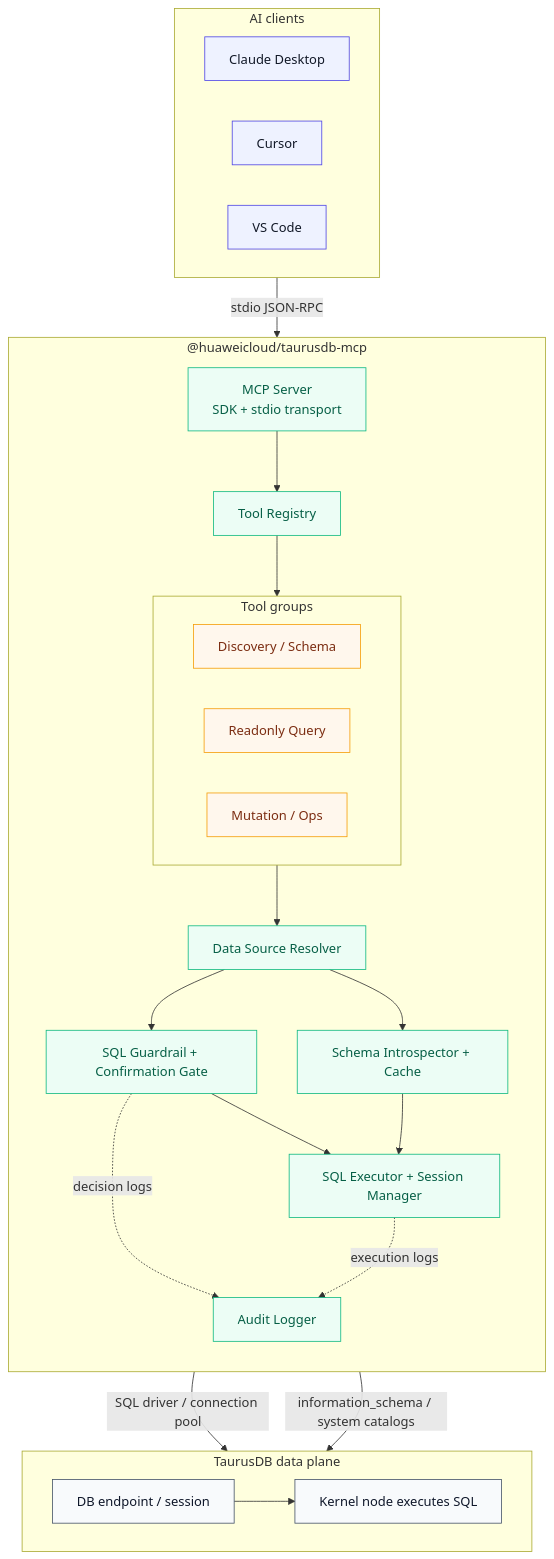
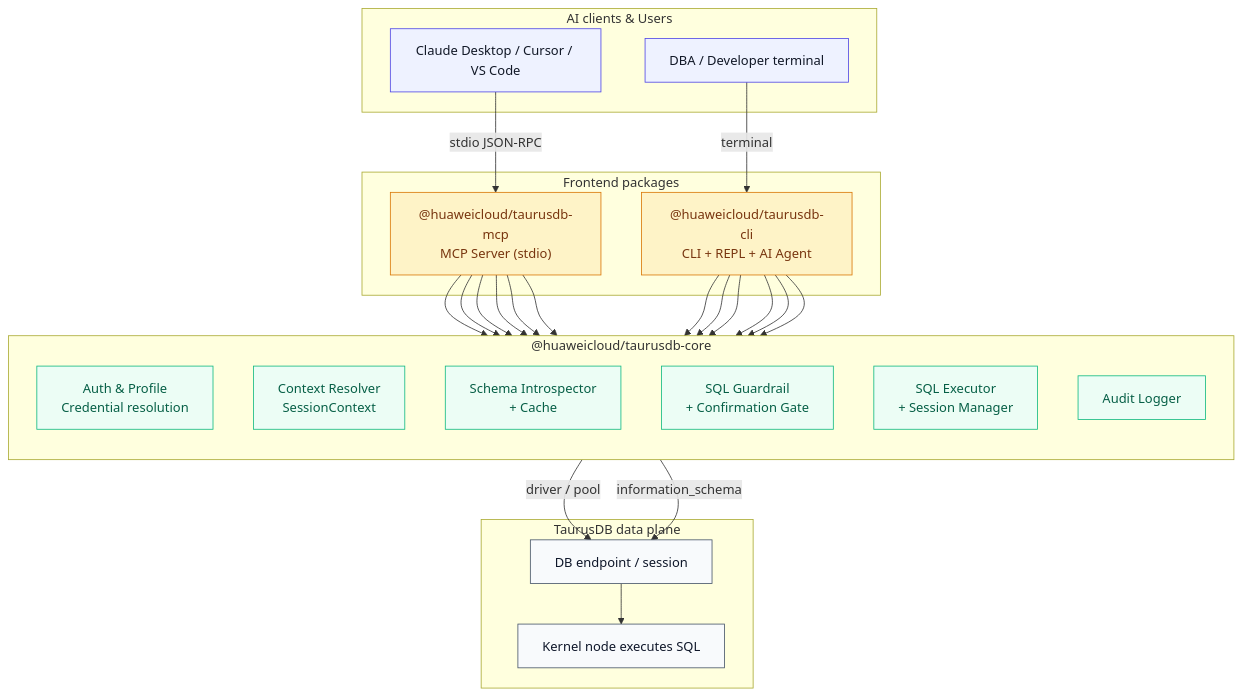
The first of 5 diagrams in docs/architecture.md (youweichen0208/taurus-mcp-server), drawn with Mermaid before and after one commit. The commit also changed other lines of this file and 140 other files, not shown here.

````diff
--- a/docs/architecture.md
+++ b/docs/architecture.md
@@ -51,51 +105,52 @@
 ```mermaid
 flowchart TB
   classDef client fill:#EEF2FF,stroke:#4F46E5,color:#111827;
+  classDef frontend fill:#FEF3C7,stroke:#D97706,color:#78350F;
   classDef core fill:#ECFDF5,stroke:#10B981,color:#065F46;
-  classDef tool fill:#FFF7ED,stroke:#F59E0B,color:#7C2D12;
   classDef data fill:#F8FAFC,stroke:#475569,color:#0F172A;
 
-  subgraph Clients["AI clients"]
-    direction LR
-    C1["Claude Desktop"]:::client
-    C2["Cursor"]:::client
-    C3["VS Code"]:::client
+  subgraph Clients["AI clients & Users"]
+    C1["Claude Desktop / Cursor / VS Code"]:::client
+    C2["DBA / Developer terminal"]:::client
   end
 
-  subgraph Server["@huaweicloud/taurusdb-mcp"]
+  subgraph Frontends["Frontend packages"]
+    MCP["@huaweicloud/taurusdb-mcp<br/>MCP Server (stdio)"]:::frontend
+    CLI["@huaweicloud/taurusdb-cli<br/>CLI + REPL + AI Agent"]:::frontend
+  end
+
+  subgraph Core["@huaweicloud/taurusdb-core"]
     direction TB
-    MCP["MCP Server<br/>SDK + stdio transport"]:::core
-    REG["Tool Registry"]:::core
-    CTX["Data Source Resolver"]:::core
-    SCH["Schema Introspector + Cache"]:::core
-    SAFE["SQL Guardrail + Confirmation Gate"]:::core
-    EXEC["SQL Executor + Session Manager"]:::core
+    AUTH["Auth & Profile<br/>Credential resolution"]:::core
+    CTX["Context Resolver<br/>SessionContext"]:::core
+    SCH["Schema Introspector<br/>+ Cache"]:::core
+    SAFE["SQL Guardrail<br/>+ Confirmation Gate"]:::core
+    EXEC["SQL Executor<br/>+ Session Manager"]:::core
     AUD["Audit Logger"]:::core
-
-    subgraph TOOLS["Tool groups"]
-      direction LR
-      T1["Discovery / Schema"]:::tool
-      T2["Readonly Query"]:::tool
-      T3["Mutation / Ops"]:::tool
-    end
-
-    MCP --> REG --> TOOLS
-    TOOLS --> CTX
-    CTX --> SCH
-    CTX --> SAFE
-    SAFE --> EXEC
-    SCH --> EXEC
-    SAFE -. decision logs .-> AUD
-    EXEC -. execution logs .-> AUD
   end
 
   subgraph DataPlane["TaurusDB data plane"]
-    direction LR
     DB["DB endpoint / session"]:::data
     KERNEL["Kernel node executes SQL"]:::data
   end
 
-  Clients -->|"stdio JSON-RPC"| MCP
-  EXEC -->|"SQL driver / connection pool"| DB --> KERNEL
-  SCH -->|"information_schema / system catalogs"| DB
+  C1 -->|"stdio JSON-RPC"| MCP
+  C2 -->|"terminal"| CLI
+
+  MCP --> AUTH
+  MCP --> CTX
+  MCP --> SCH
+  MCP --> SAFE
+  MCP --> EXEC
+  MCP --> AUD
+
+  CLI --> AUTH
+  CLI --> CTX
+  CLI --> SCH
+  CLI --> SAFE
+  CLI --> EXEC
+  CLI --> AUD
+
+  EXEC -->|"driver / pool"| DB --> KERNEL
+  SCH -->|"information_schema"| DB
 ```
````
